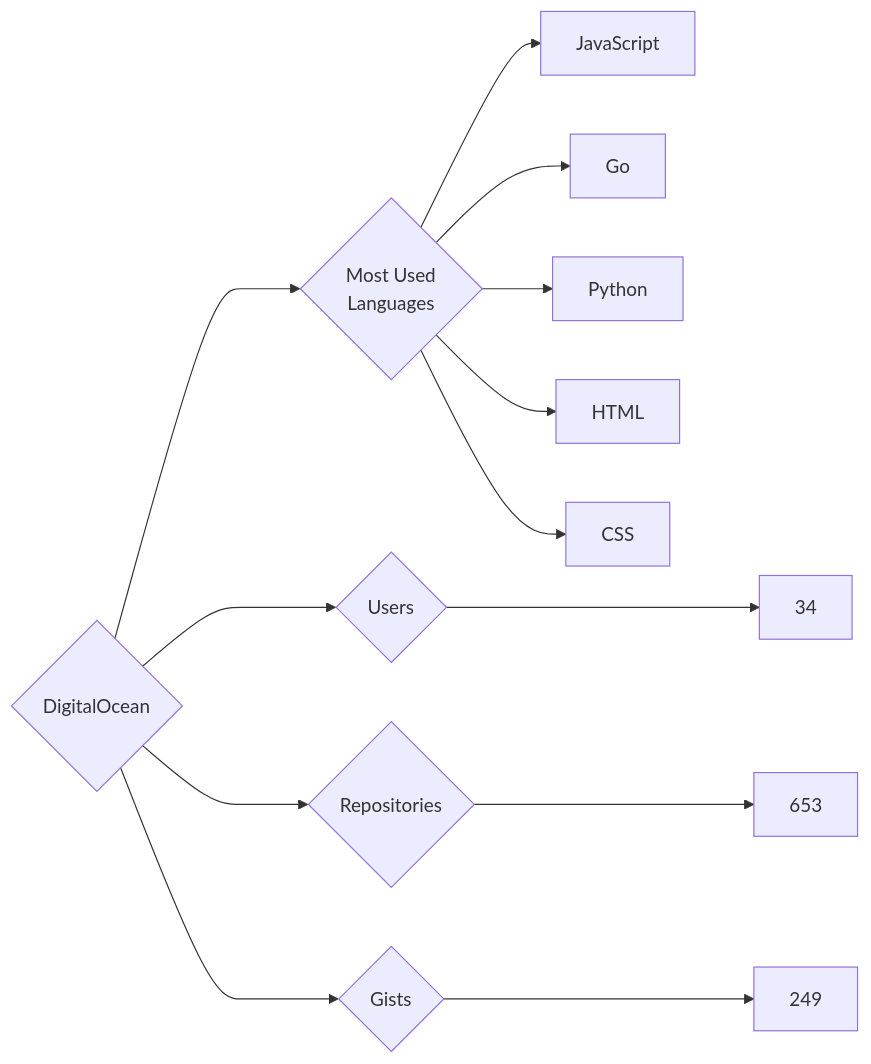
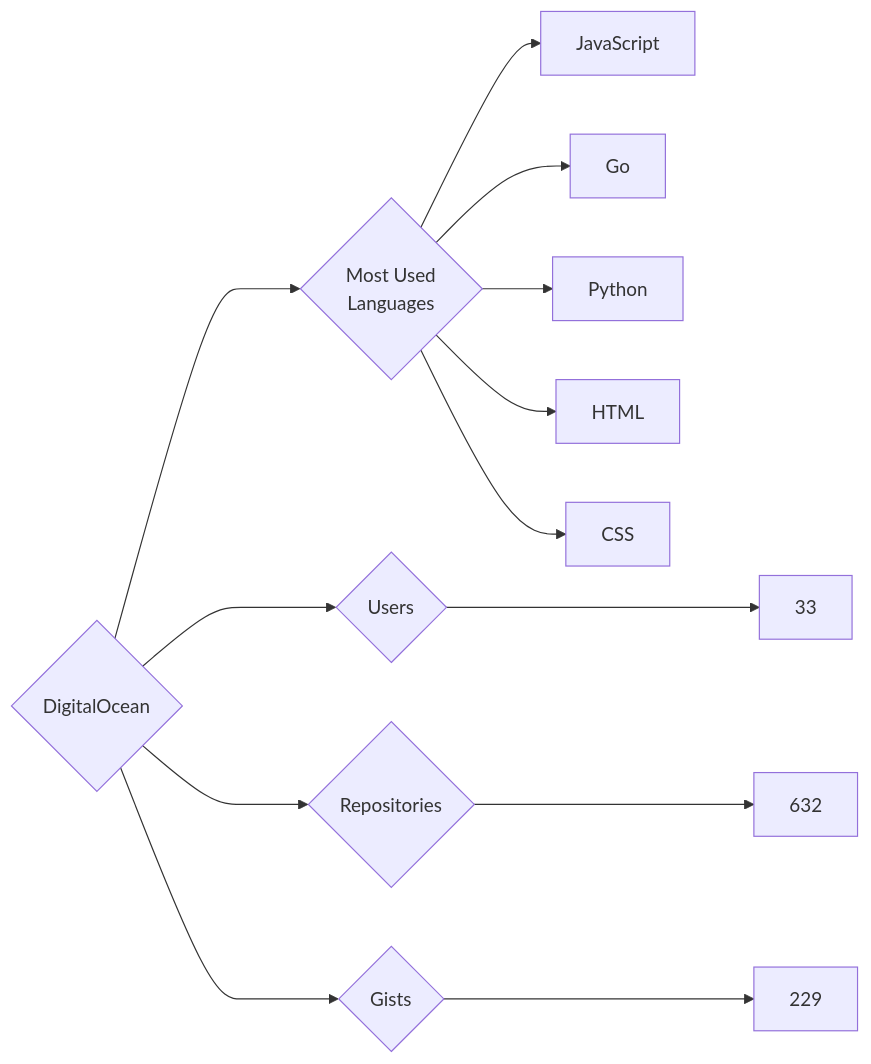
Before and after one commit to trickest/insiders: the diagram in targets/DigitalOcean/README.md, drawn with Mermaid. The commit also changed 925 other files, not shown here.

````diff
--- a/targets/DigitalOcean/README.md
+++ b/targets/DigitalOcean/README.md
@@ -3,13 +3,13 @@
 ```mermaid
 graph LR
 COMPANY_NAME{DigitalOcean}
-COMPANY_NAME ---> U{Users} ---> UN[34]
-COMPANY_NAME ---> R{Repositories} ---> RN[653]
-COMPANY_NAME ---> G{Gists} ---> GN[249]
+COMPANY_NAME ---> U{Users} ---> UN[33]
+COMPANY_NAME ---> R{Repositories} ---> RN[632]
+COMPANY_NAME ---> G{Gists} ---> GN[229]
 COMPANY_NAME ---> ML{Most Used<br>Languages}
 ML --> JavaScript[JavaScript]
 ML --> Go[Go]
 ML --> Python[Python]
 ML --> HTML[HTML]
 ML --> CSS[CSS]
 ```
````
